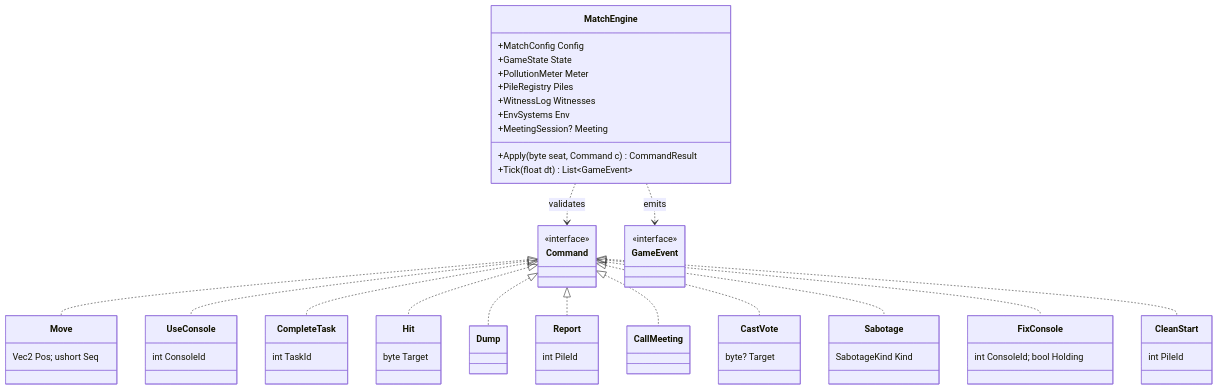
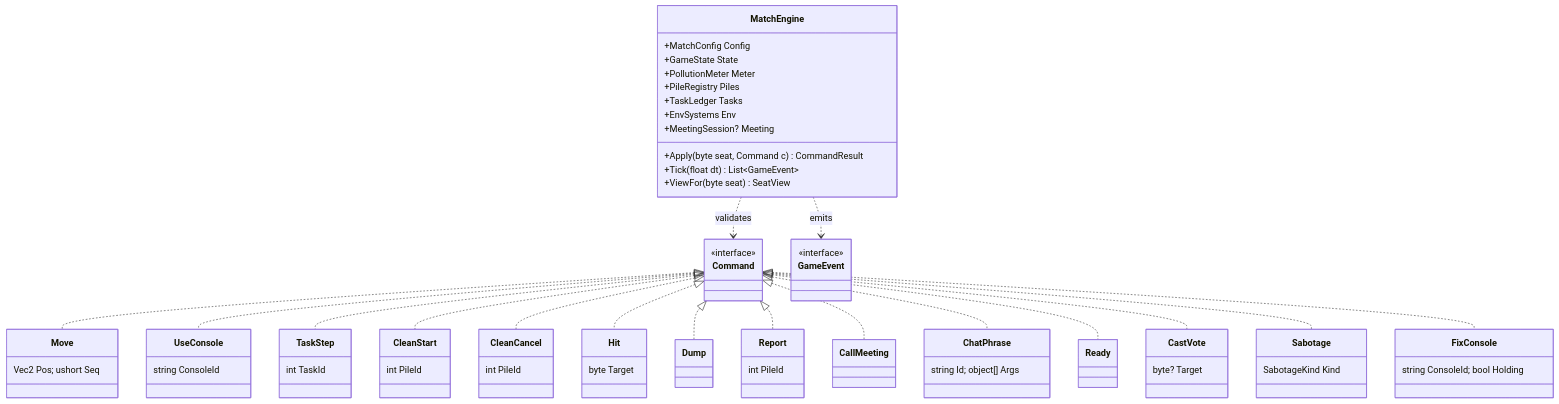
The fifth of 6 diagrams in docs/architecture/02-server.md (Faouzi-Blibech/EcoSus-Uncycled), drawn with Mermaid before and after one commit. The commit also changed other lines of this file and 11 other files, not shown here.

Commit message:
docs: second design review (2026-11-14) for the architecture views and the design spec

````diff
--- a/docs/architecture/02-server.md
+++ b/docs/architecture/02-server.md
@@ -176,44 +208,51 @@
 ```mermaid
 classDiagram
     class MatchEngine {
         +MatchConfig Config
         +GameState State
         +PollutionMeter Meter
         +PileRegistry Piles
-        +WitnessLog Witnesses
+        +TaskLedger Tasks
         +EnvSystems Env
         +MeetingSession? Meeting
         +Apply(byte seat, Command c) CommandResult
         +Tick(float dt) List~GameEvent~
+        +ViewFor(byte seat) SeatView
     }
     class Command {
         <<interface>>
     }
     class Move { Vec2 Pos; ushort Seq }
-    class UseConsole { int ConsoleId }
-    class CompleteTask { int TaskId }
+    class UseConsole { string ConsoleId }
+    class TaskStep { int TaskId }
+    class CleanStart { int PileId }
+    class CleanCancel { int PileId }
     class Hit { byte Target }
     class Dump { }
     class Report { int PileId }
     class CallMeeting { }
+    class ChatPhrase { string Id; object[] Args }
+    class Ready { }
     class CastVote { byte? Target }
     class Sabotage { SabotageKind Kind }
-    class FixConsole { int ConsoleId; bool Holding }
-    class CleanStart { int PileId }
+    class FixConsole { string ConsoleId; bool Holding }
     class GameEvent {
         <<interface>>
     }
     Command <|.. Move
     Command <|.. UseConsole
-    Command <|.. CompleteTask
+    Command <|.. TaskStep
+    Command <|.. CleanStart
+    Command <|.. CleanCancel
     Command <|.. Hit
     Command <|.. Dump
     Command <|.. Report
     Command <|.. CallMeeting
+    Command <|.. ChatPhrase
+    Command <|.. Ready
     Command <|.. CastVote
     Command <|.. Sabotage
     Command <|.. FixConsole
-    Command <|.. CleanStart
     MatchEngine ..> Command : validates
     MatchEngine ..> GameEvent : emits
 ```
````
